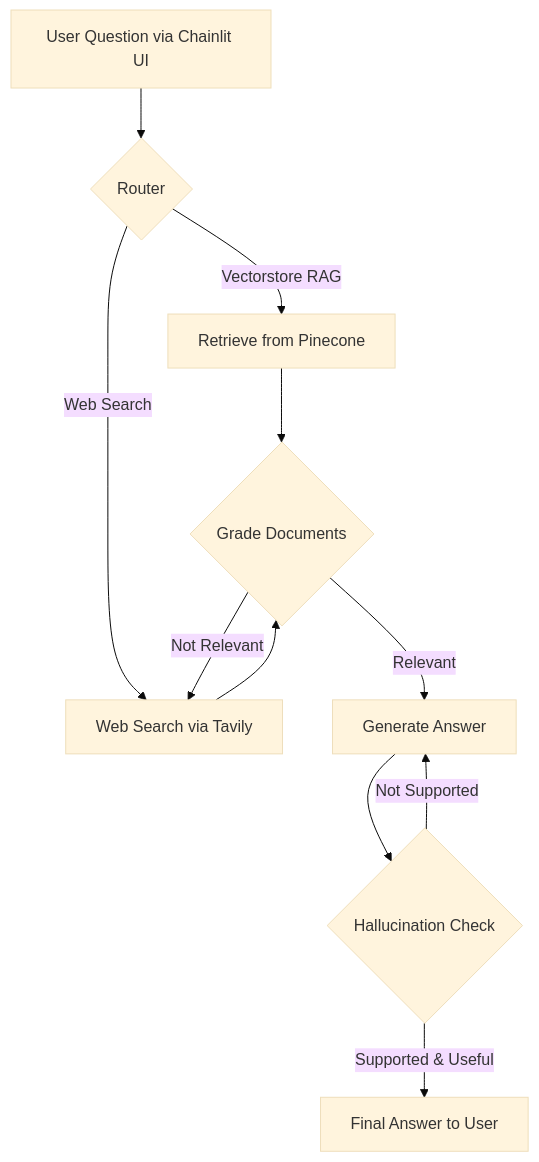
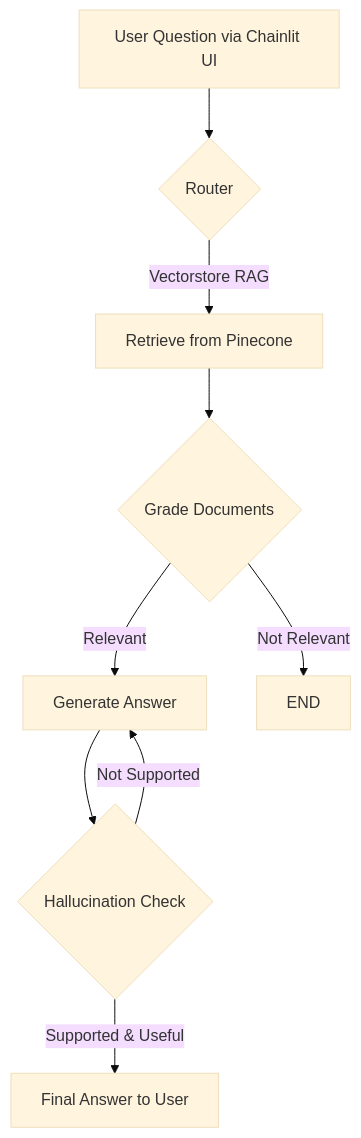
Before and after one commit to mauriciommendoza/langgraph-rag-about-myself: the diagram in README.md, drawn with Mermaid (base theme). The commit also changed other lines of this file, not shown here.

````diff
--- a/README.md
+++ b/README.md
@@ -22,13 +21,11 @@
 ```mermaid
 graph TD
     A[User Question via Chainlit UI] --> B{Router}
     B -->|Vectorstore RAG| C[Retrieve from Pinecone]
-    B -->|Web Search| D[Web Search via Tavily]
     C --> E{Grade Documents}
-    D --> E
     E -->|Relevant| F[Generate Answer]
-    E -->|Not Relevant| D
+    E -->|Not Relevant| END
     F --> G{Hallucination Check}
     G -->|Supported & Useful| H[Final Answer to User]
     G -->|Not Supported| F
 ```
````
